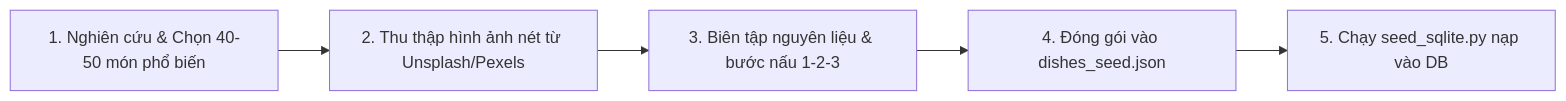
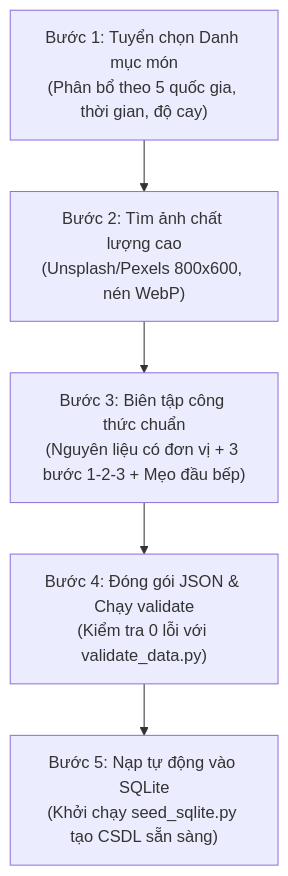
The diagram in docs/07_DATA_SCHEMA_AND_SEEDS.md (snowwminhduc1212/YumYumPick), drawn with Mermaid before and after one commit. The commit also changed other lines of this file and 6 other files, not shown here.

Commit message:
feat(data): add complete 45 curated dishes, seeding script, validation script and comprehensive data preparation guide

````diff
--- a/docs/07_DATA_SCHEMA_AND_SEEDS.md
+++ b/docs/07_DATA_SCHEMA_AND_SEEDS.md
@@ -109,7 +94,7 @@
 ```mermaid
-flowchart LR
-    Step1["1. Nghiên cứu & Chọn 40-50 món phổ biến"] --> Step2["2. Thu thập hình ảnh nét từ Unsplash/Pexels"]
-    Step2 --> Step3["3. Biên tập nguyên liệu & bước nấu 1-2-3"]
-    Step3 --> Step4["4. Đóng gói vào dishes_seed.json"]
-    Step4 --> Step5["5. Chạy seed_sqlite.py nạp vào DB"]
+flowchart TD
+    Step1["Bước 1: Tuyển chọn Danh mục món\n(Phân bổ theo 5 quốc gia, thời gian, độ cay)"] --> Step2["Bước 2: Tìm ảnh chất lượng cao\n(Unsplash/Pexels 800x600, nén WebP)"]
+    Step2 --> Step3["Bước 3: Biên tập công thức chuẩn\n(Nguyên liệu có đơn vị + 3 bước 1-2-3 + Mẹo đầu bếp)"]
+    Step3 --> Step4["Bước 4: Đóng gói JSON & Chạy validate\n(Kiểm tra 0 lỗi với validate_data.py)"]
+    Step4 --> Step5["Bước 5: Nạp tự động vào SQLite\n(Khởi chạy seed_sqlite.py tạo CSDL sẵn sàng)"]
 ```
````
